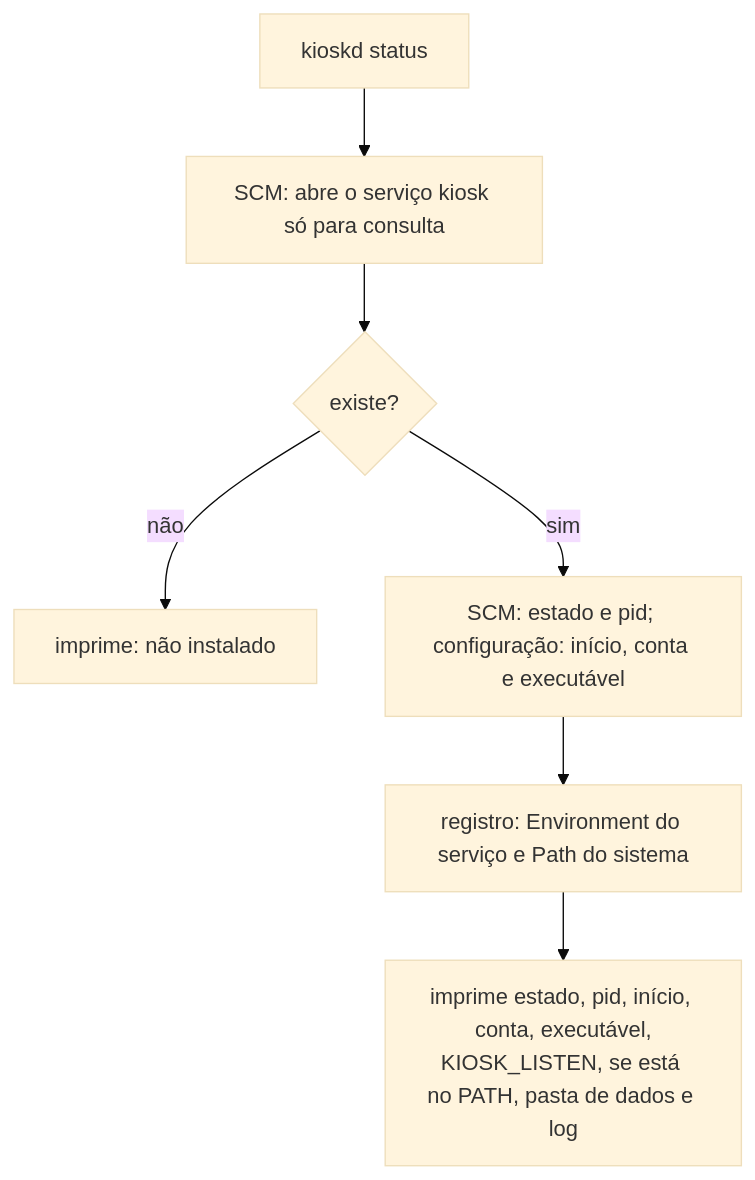
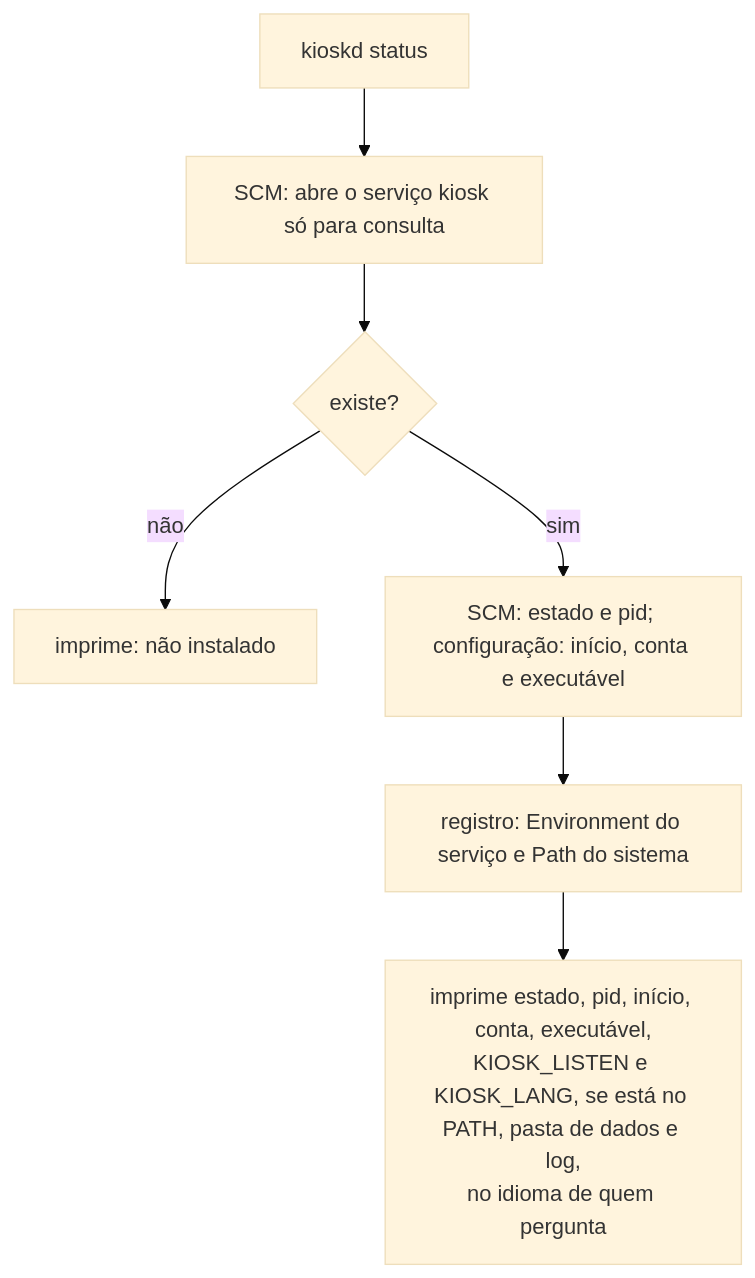
Diagram 20 of 28 in docs/architecture/fluxos-dos-comandos.md (jefersonlop3s/kiosk-engine), drawn with Mermaid (base theme) before and after one commit. The commit also changed other lines of this file and 35 other files, not shown here.

````diff
--- a/docs/architecture/fluxos-dos-comandos.md
+++ b/docs/architecture/fluxos-dos-comandos.md
@@ -311,9 +311,9 @@
 ```mermaid
 flowchart TD
     A["kioskd status"] --> B["SCM: abre o serviço kiosk só para consulta"]
     B --> C{"existe?"}
     C -->|não| R1["imprime: não instalado"]
     C -->|sim| D["SCM: estado e pid; configuração: início, conta e executável"]
     D --> E["registro: Environment do serviço e Path do sistema"]
-    E --> R2["imprime estado, pid, início, conta, executável,<br/>KIOSK_LISTEN, se está no PATH, pasta de dados e log"]
+    E --> R2["imprime estado, pid, início, conta, executável,<br/>KIOSK_LISTEN e KIOSK_LANG, se está no PATH, pasta de dados e log,<br/>no idioma de quem pergunta"]
 ```
````
